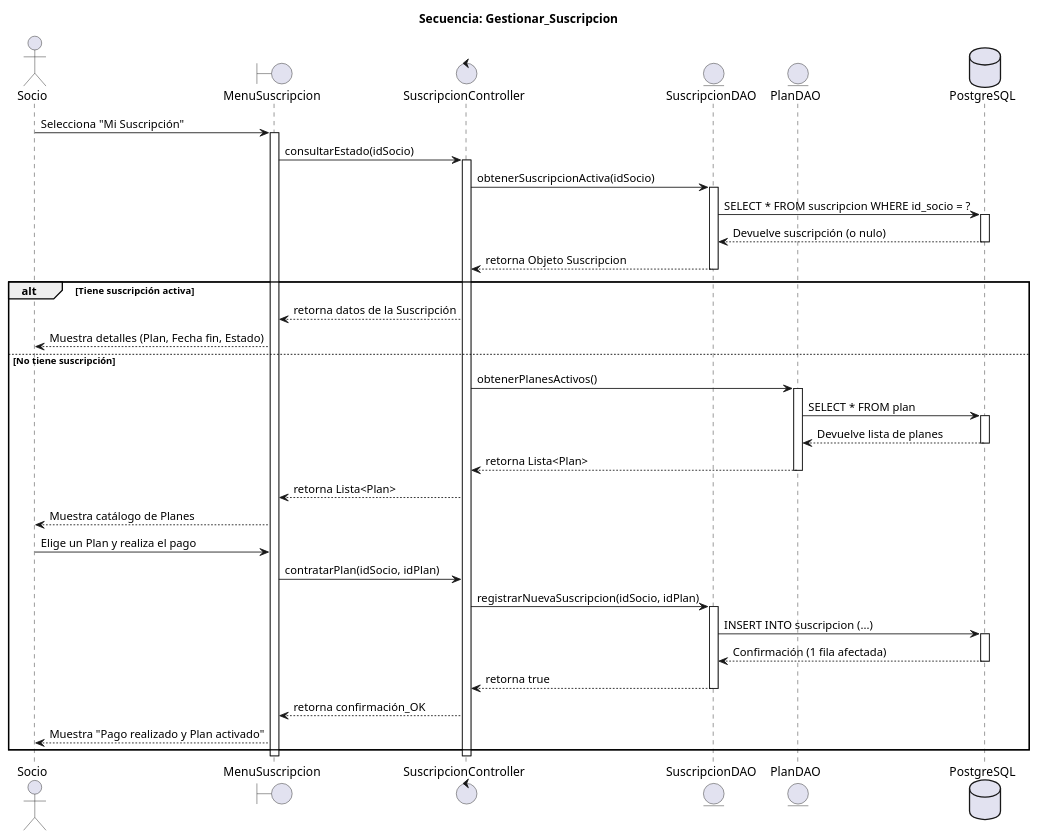
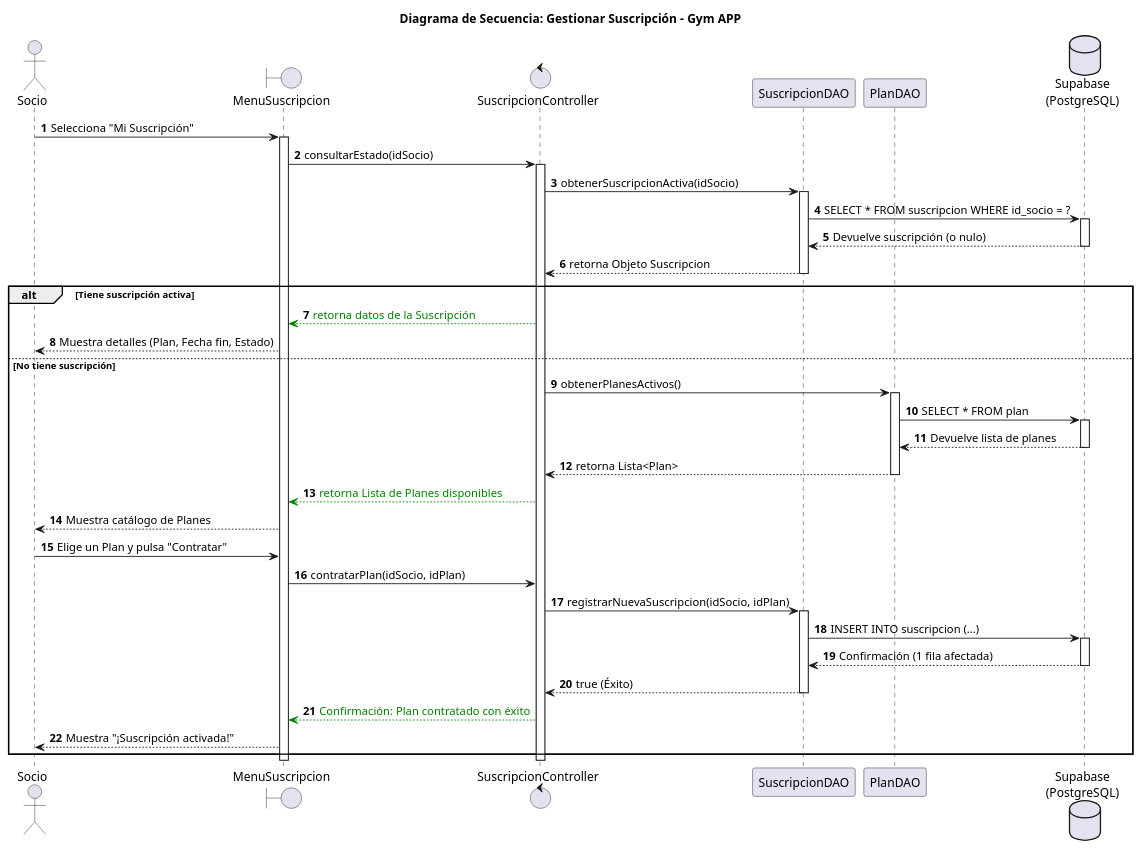
The diagram in docs/diagramasUML/DiagramasSecuencias/Secuencia_Gestionar_Suscripcion.puml (FerminGarridoMartinDAM/ProyectoInterModular1DAMAppGimnasio), drawn with PlantUML before and after one commit. The commit also changed 18 other files, not shown here.

Commit message:
docs(uml): Actualizados y terminados diagramas de secuencias

```diff
--- a/docs/diagramasUML/DiagramasSecuencias/Secuencia_Gestionar_Suscripcion.puml
+++ b/docs/diagramasUML/DiagramasSecuencias/Secuencia_Gestionar_Suscripcion.puml
@@ -1,75 +1,77 @@
 @startuml
-title Secuencia: Gestionar_Suscripcion
+title Diagrama de Secuencia: Gestionar Suscripción - Gym APP
+
+autonumber
 
 ' --- PARTICIPANTES ---
-actor Socio
+actor "Socio" as User
 boundary "MenuSuscripcion" as Vista
-control "SuscripcionController" as Controlador
-entity "SuscripcionDAO" as SuscDAO
-entity "PlanDAO" as PlanDAO
-database "PostgreSQL" as BD
+control "SuscripcionController" as Controller
+participant "SuscripcionDAO" as SuscDAO
+participant "PlanDAO" as PlanDAO
+database "Supabase\n(PostgreSQL)" as DB
 
 ' --- FLUJO DE EJECUCIÓN ---
-Socio -> Vista: Selecciona "Mi Suscripción"
+User -> Vista: Selecciona "Mi Suscripción"
 activate Vista
 
-Vista -> Controlador: consultarEstado(idSocio)
-activate Controlador
+Vista -> Controller: consultarEstado(idSocio)
+activate Controller
 
 ' 1. Comprobar si ya tiene suscripción
-Controlador -> SuscDAO: obtenerSuscripcionActiva(idSocio)
+Controller -> SuscDAO: obtenerSuscripcionActiva(idSocio)
 activate SuscDAO
 
-SuscDAO -> BD: SELECT * FROM suscripcion WHERE id_socio = ?
-activate BD
-BD --> SuscDAO: Devuelve suscripción (o nulo)
-deactivate BD
+SuscDAO -> DB: SELECT * FROM suscripcion WHERE id_socio = ?
+activate DB
+DB --> SuscDAO: Devuelve suscripción (o nulo)
+deactivate DB
 
-SuscDAO --> Controlador: retorna Objeto Suscripcion
+SuscDAO --> Controller: retorna Objeto Suscripcion
 deactivate SuscDAO
 
-' 2. Bifurcación Lógica (El if/else del sistema)
+' 2. Bifurcación Lógica
 alt Tiene suscripción activa
-    Controlador --> Vista: retorna datos de la Suscripción
-    Vista --> Socio: Muestra detalles (Plan, Fecha fin, Estado)
+    Controller -[#green]-> Vista: <color:green>retorna datos de la Suscripción</color>
+    Vista --> User: Muestra detalles (Plan, Fecha fin, Estado)
     
 else No tiene suscripción
     ' El sistema busca los planes disponibles para ofrecérselos
-    Controlador -> PlanDAO: obtenerPlanesActivos()
+    Controller -> PlanDAO: obtenerPlanesActivos()
     activate PlanDAO
     
-    PlanDAO -> BD: SELECT * FROM plan
-    activate BD
-    BD --> PlanDAO: Devuelve lista de planes
-    deactivate BD
+    PlanDAO -> DB: SELECT * FROM plan
+    activate DB
+    DB --> PlanDAO: Devuelve lista de planes
+    deactivate DB
     
-    PlanDAO --> Controlador: retorna Lista<Plan>
+    PlanDAO --> Controller: retorna Lista<Plan>
     deactivate PlanDAO
     
-    Controlador --> Vista: retorna Lista<Plan>
-    Vista --> Socio: Muestra catálogo de Planes
+    Controller -[#green]-> Vista: <color:green>retorna Lista de Planes disponibles</color>
+    Vista --> User: Muestra catálogo de Planes
     
     ' El socio decide comprar
-    Socio -> Vista: Elige un Plan y realiza el pago
-    Vista -> Controlador: contratarPlan(idSocio, idPlan)
+    User -> Vista: Elige un Plan y pulsa "Contratar"
+    Vista -> Controller: contratarPlan(idSocio, idPlan)
     
     ' Se guarda la nueva suscripción
-    Controlador -> SuscDAO: registrarNuevaSuscripcion(idSocio, idPlan)
+    Controller -> SuscDAO: registrarNuevaSuscripcion(idSocio, idPlan)
     activate SuscDAO
     
-    SuscDAO -> BD: INSERT INTO suscripcion (...)
-    activate BD
-    BD --> SuscDAO: Confirmación (1 fila afectada)
-    deactivate BD
+    SuscDAO -> DB: INSERT INTO suscripcion (...)
+    activate DB
+    DB --> SuscDAO: Confirmación (1 fila afectada)
+    deactivate DB
     
-    SuscDAO --> Controlador: retorna true
+    SuscDAO --> Controller: true (Éxito)
     deactivate SuscDAO
     
-    Controlador --> Vista: retorna confirmación_OK
-    Vista --> Socio: Muestra "Pago realizado y Plan activado"
+    Controller -[#green]-> Vista: <color:green>Confirmación: Plan contratado con éxito</color>
+    Vista --> User: Muestra "¡Suscripción activada!"
 end
 
-deactivate Controlador
+deactivate Controller
 deactivate Vista
 
 @enduml
```
